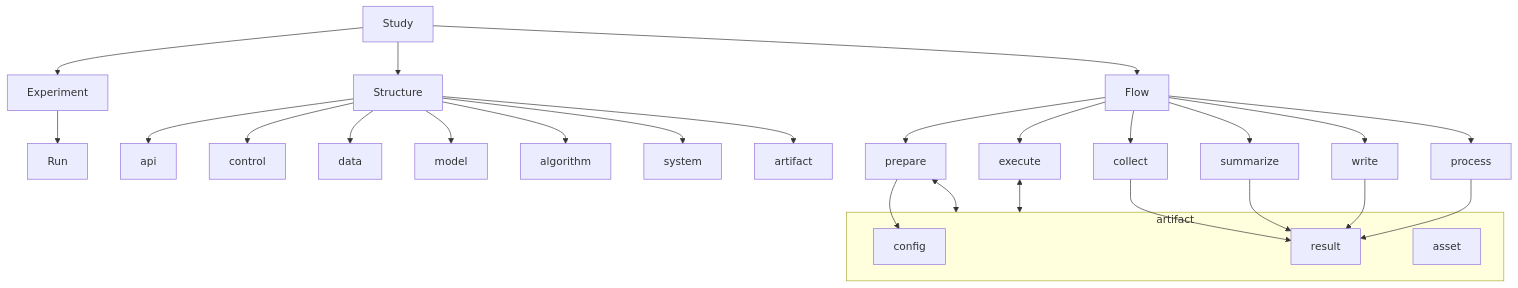
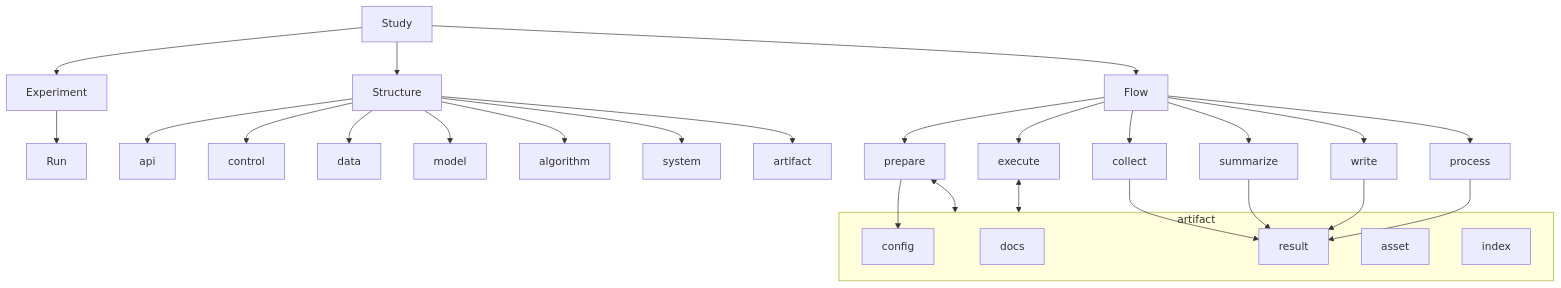
Before and after one commit to diaoenmao/RPipe: the second of 5 diagrams in docs/CONCEPT.md, drawn with Mermaid. The commit also changed other lines of this file and 63 other files, not shown here.

````diff
--- a/docs/CONCEPT.md
+++ b/docs/CONCEPT.md
@@ -69,32 +69,34 @@
 ```mermaid
 flowchart TB
   Study --> Experiment
   Experiment --> Run
   Study --> Structure
   Study --> Flow
   Structure --> api
   Structure --> control
   Structure --> data
   Structure --> model
   Structure --> algorithm
   Structure --> system
   Structure --> artifact_mod[artifact]
   Flow --> prepare
   Flow --> execute
   Flow --> collect
   Flow --> summarize
   Flow --> write
   Flow --> process
   subgraph art [artifact]
+    docs
     config
     result
     asset
+    index
   end
   prepare --> config
   prepare <--> art
   execute <--> art
   collect --> result
   summarize --> result
   write --> result
   process --> result
 ```
````
